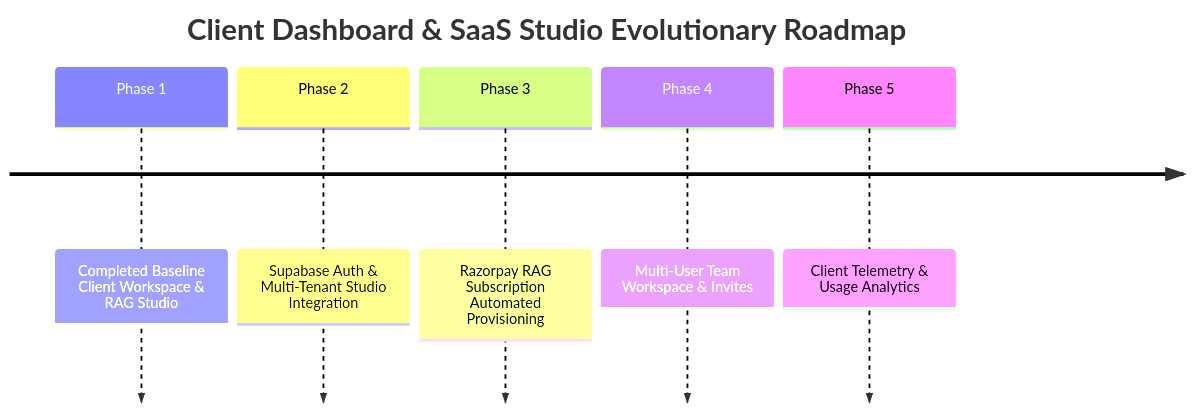
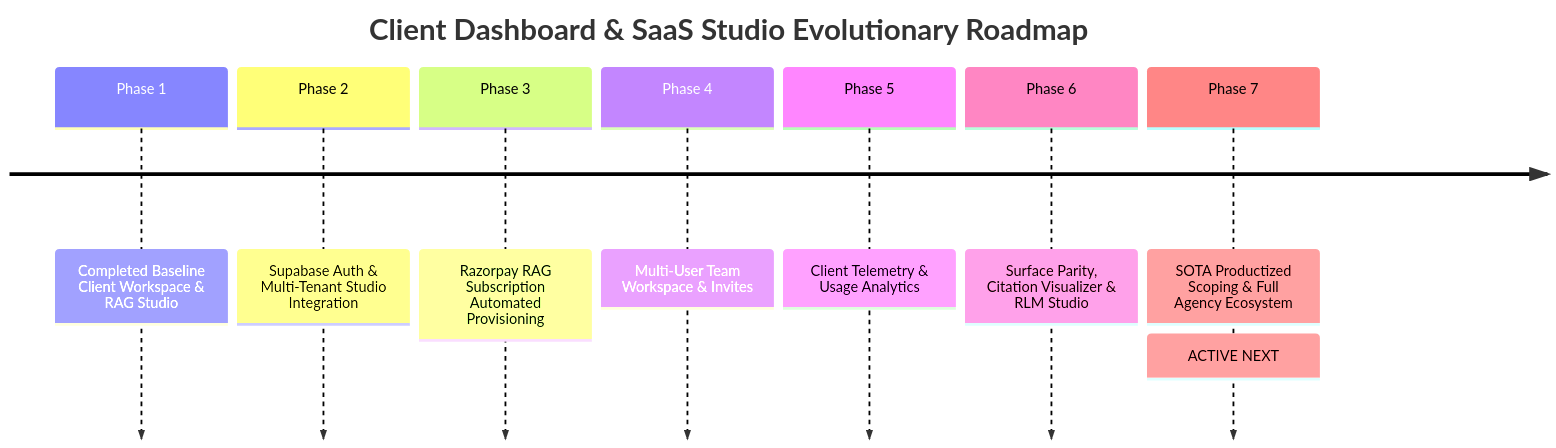
The diagram in docs/CLIENT_DASHBOARD_ROADMAP.md (prat3010/Prateek_website), drawn with Mermaid before and after one commit. The commit also changed other lines of this file and 186 other files, not shown here.

````diff
--- a/docs/CLIENT_DASHBOARD_ROADMAP.md
+++ b/docs/CLIENT_DASHBOARD_ROADMAP.md
@@ -113,9 +105,11 @@
 ```mermaid
 timeline
     title Client Dashboard & SaaS Studio Evolutionary Roadmap
     Phase 1 : Completed Baseline Client Workspace & RAG Studio
     Phase 2 : Supabase Auth & Multi-Tenant Studio Integration
     Phase 3 : Razorpay RAG Subscription Automated Provisioning
     Phase 4 : Multi-User Team Workspace & Invites
     Phase 5 : Client Telemetry & Usage Analytics
+    Phase 6 : Surface Parity, Citation Visualizer & RLM Studio
+    Phase 7 : SOTA Productized Scoping & Full Agency Ecosystem : ACTIVE NEXT
 ```
````
